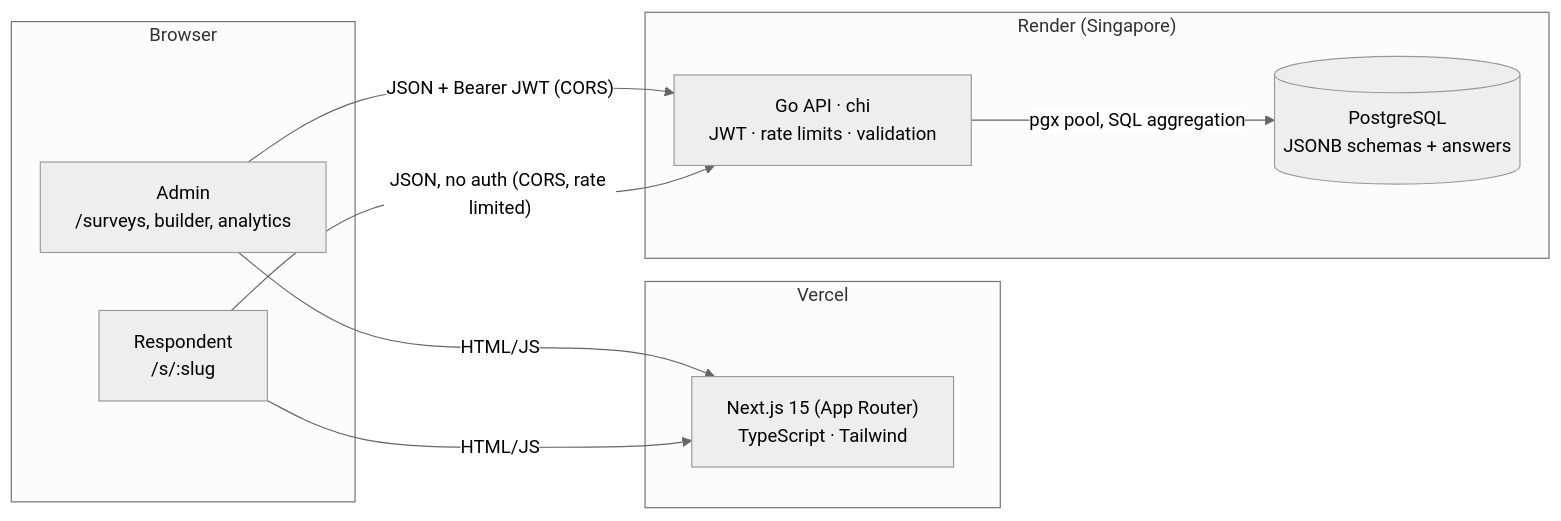
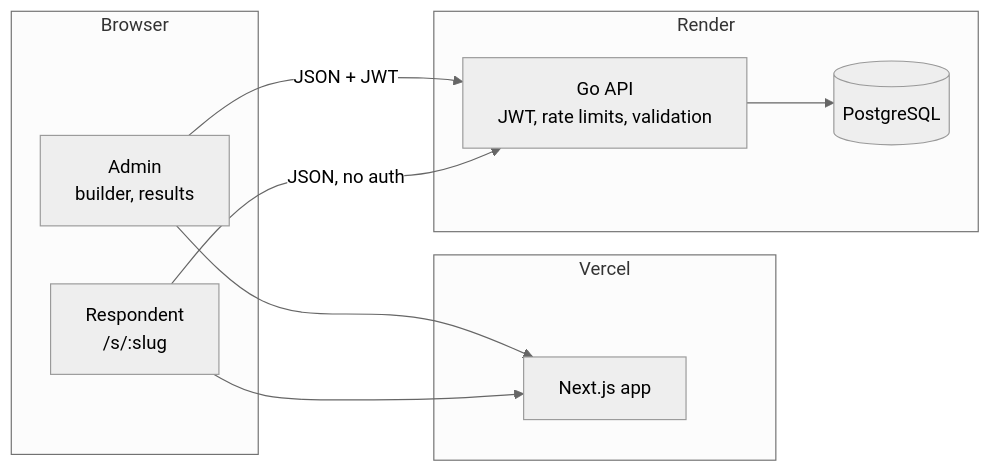
One commit to SrijitGyawali/-Dynamic-Survey-Builder changed the first of 2 diagrams in README.md. Above: the diagram before and after it, drawn with Mermaid (neutral theme). The commit also changed other lines of this file and 2 other files, not shown here.

````diff
--- a/README.md
+++ b/README.md
@@ -40,19 +80,19 @@
 ```mermaid
 flowchart LR
     subgraph Browser
-        A["Admin<br/>/surveys, builder, analytics"]
+        A["Admin<br/>builder, results"]
         R["Respondent<br/>/s/:slug"]
     end
     subgraph Vercel
-        W["Next.js 15 (App Router)<br/>TypeScript · Tailwind"]
+        W["Next.js app"]
     end
-    subgraph Render["Render (Singapore)"]
-        API["Go API · chi<br/>JWT · rate limits · validation"]
-        DB[("PostgreSQL<br/>JSONB schemas + answers")]
+    subgraph Render
+        API["Go API<br/>JWT, rate limits, validation"]
+        DB[("PostgreSQL")]
     end
-    A -- HTML/JS --> W
-    R -- HTML/JS --> W
-    A -- "JSON + Bearer JWT (CORS)" --> API
-    R -- "JSON, no auth (CORS, rate limited)" --> API
-    API -- "pgx pool, SQL aggregation" --> DB
+    A --> W
+    R --> W
+    A -- "JSON + JWT" --> API
+    R -- "JSON, no auth" --> API
+    API --> DB
 ```
````
